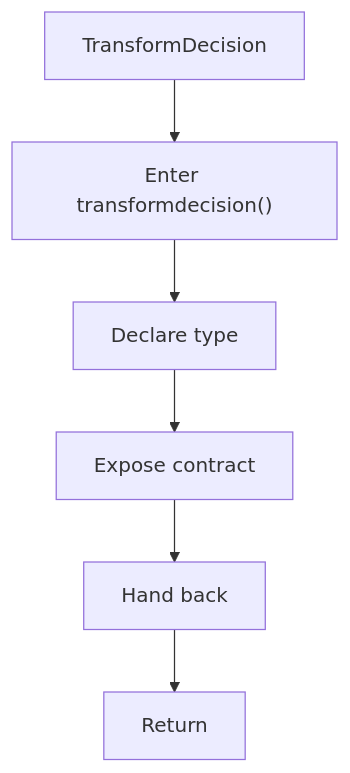
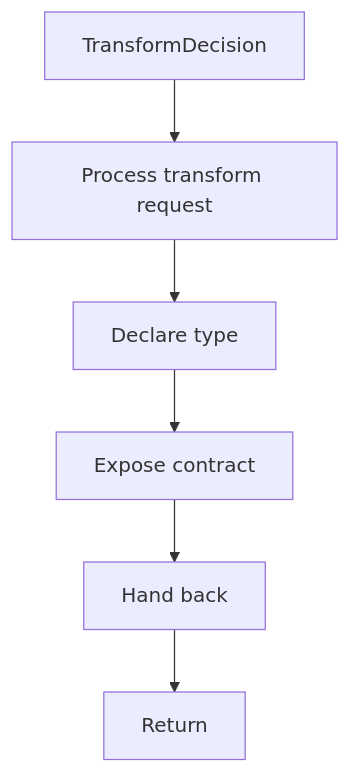
One commit to JohnAndrewBalbarosa/NeoTerritory changed the third of 6 diagrams in docs/Codebase/Microservice/Modules/Header/SyntacticBrokenAST/Trees/Shared/code_generator.hpp.md. Above: the diagram before and after it, drawn with Mermaid. The commit also changed other lines of this file and 925 other files, not shown here.

````diff
--- a/docs/Codebase/Microservice/Modules/Header/SyntacticBrokenAST/Trees/Shared/code_generator.hpp.md
+++ b/docs/Codebase/Microservice/Modules/Header/SyntacticBrokenAST/Trees/Shared/code_generator.hpp.md
@@ -107,14 +106,14 @@
 ```mermaid
 flowchart TD
     Start["TransformDecision"]
-    N0["Enter transformdecision()"]
+    N0["Process transform request"]
     N1["Declare type"]
     N2["Expose contract"]
     N3["Hand back"]
     End["Return"]
     Start --> N0
     N0 --> N1
     N1 --> N2
     N2 --> N3
     N3 --> End
 ```
````
